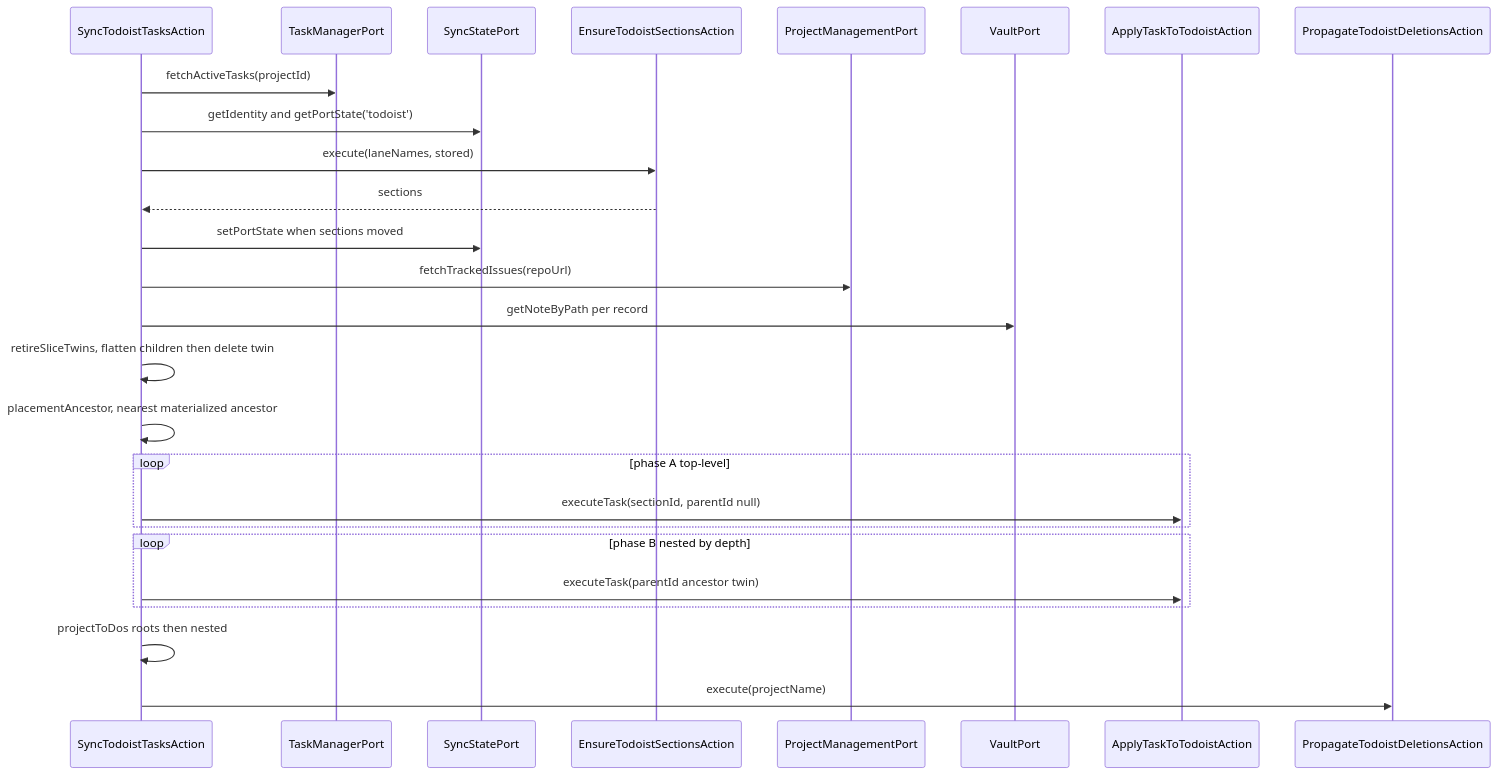
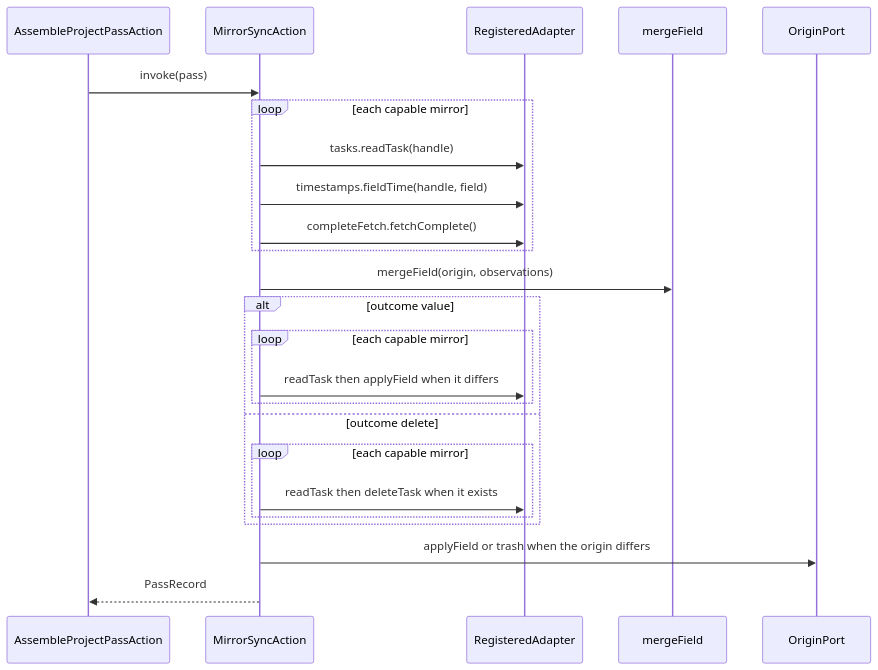
The fifth of 18 diagrams in docs/developer-manual.md (99linesofcode/obsidian-project-management), drawn with Mermaid before and after one commit. The commit also changed other lines of this file and 1 other file, not shown here.

First line of the commit message:
docs: rewrite the manual and architecture for the multi-adapter core

````diff
--- a/docs/developer-manual.md
+++ b/docs/developer-manual.md
@@ -379,29 +315,27 @@
 ```mermaid
 sequenceDiagram
-  participant TD as SyncTodoistTasksAction
-  participant TM as TaskManagerPort
-  participant SS as SyncStatePort
-  participant ES as EnsureTodoistSectionsAction
-  participant PM as ProjectManagementPort
-  participant V as VaultPort
-  participant W as ApplyTaskToTodoistAction
-  participant PD as PropagateTodoistDeletionsAction
+  participant A as AssembleProjectPassAction
+  participant MS as MirrorSyncAction
+  participant R as RegisteredAdapter
+  participant MF as mergeField
+  participant O as OriginPort
 
-  TD->>TM: fetchActiveTasks(projectId)
-  TD->>SS: getIdentity and getPortState('todoist')
-  TD->>ES: execute(laneNames, stored)
-  ES-->>TD: sections
-  TD->>SS: setPortState when sections moved
-  TD->>PM: fetchTrackedIssues(repoUrl)
-  TD->>V: getNoteByPath per record
-  TD->>TD: retireSliceTwins, flatten children then delete twin
-  TD->>TD: placementAncestor, nearest materialized ancestor
-  loop phase A top-level
-    TD->>W: executeTask(sectionId, parentId null)
+  A->>MS: invoke(pass)
+  loop each capable mirror
+    MS->>R: tasks.readTask(handle)
+    MS->>R: timestamps.fieldTime(handle, field)
+    MS->>R: completeFetch.fetchComplete()
   end
-  loop phase B nested by depth
-    TD->>W: executeTask(parentId ancestor twin)
+  MS->>MF: mergeField(origin, observations)
+  alt outcome value
+    loop each capable mirror
+      MS->>R: readTask then applyField when it differs
+    end
+  else outcome delete
+    loop each capable mirror
+      MS->>R: readTask then deleteTask when it exists
+    end
   end
-  TD->>TD: projectToDos roots then nested
-  TD->>PD: execute(projectName)
+  MS->>O: applyField or trash when the origin differs
+  MS-->>A: PassRecord
 ```
````
